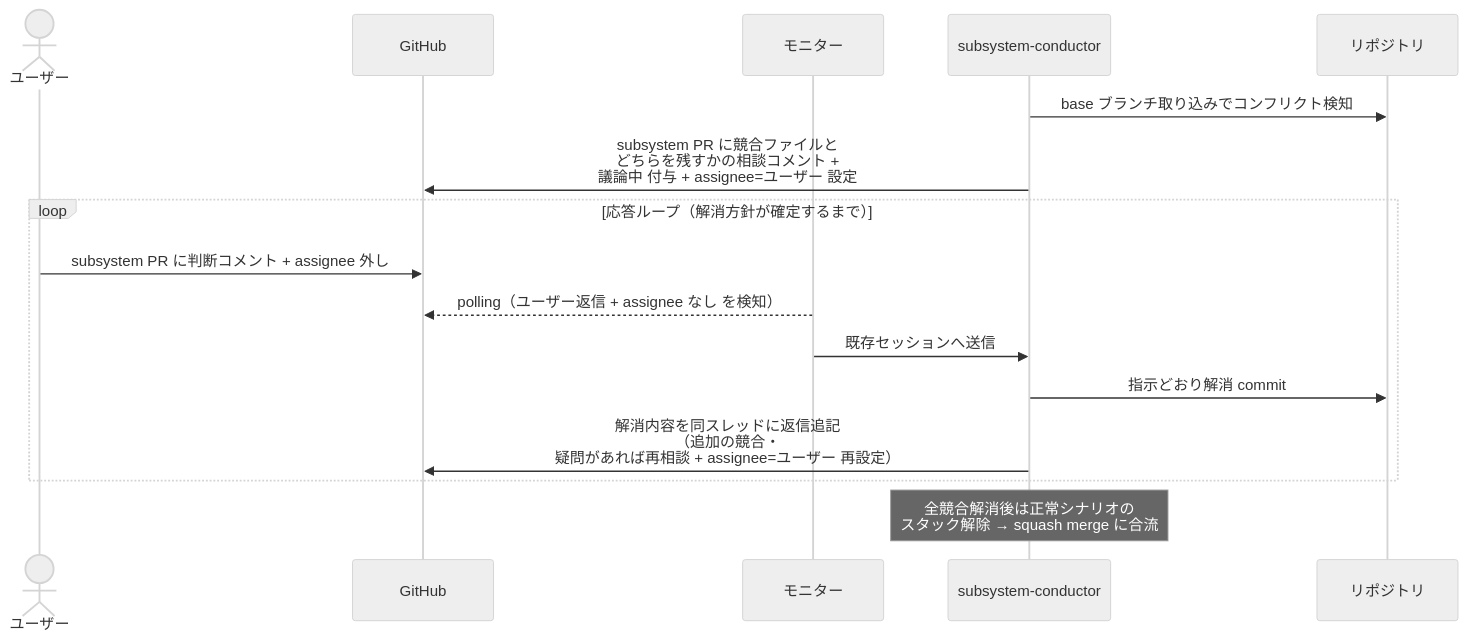
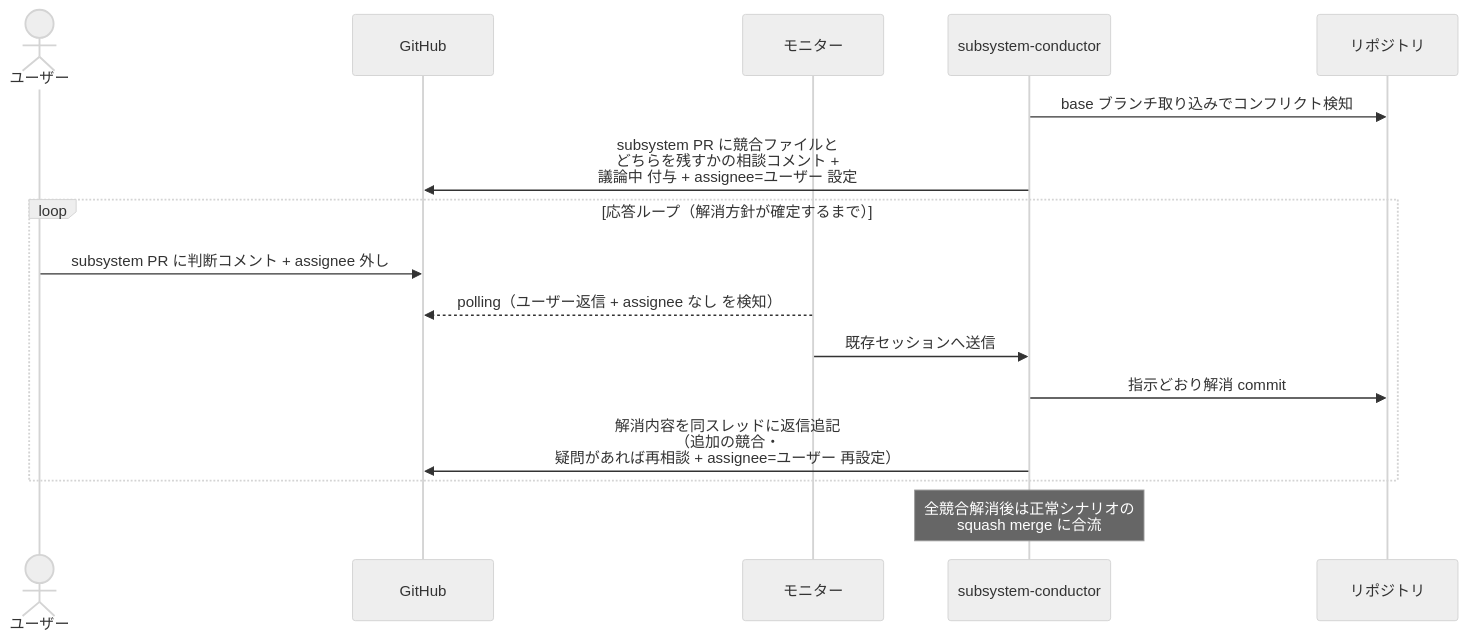
The seventh of 7 diagrams in docs/wiki/設計図/シナリオ/単一ユースケース/マージ.md (shuhei1101/ai-monitor), drawn with Mermaid (neutral theme) before and after one commit. The commit also changed other lines of this file and 108 other files, not shown here.

````diff
--- a/docs/wiki/設計図/シナリオ/単一ユースケース/マージ.md
+++ b/docs/wiki/設計図/シナリオ/単一ユースケース/マージ.md
@@ -314,21 +307,21 @@
 ```mermaid
 sequenceDiagram
   actor U as ユーザー
   participant GH as GitHub
   participant ORC as モニター
   participant MON as subsystem-conductor
   participant REPO as リポジトリ
 
   MON->>REPO: base ブランチ取り込みでコンフリクト検知
   MON->>GH: subsystem PR に競合ファイルと<br>どちらを残すかの相談コメント +<br>議論中 付与 + assignee=ユーザー 設定
 
   loop 応答ループ（解消方針が確定するまで）
     U->>GH: subsystem PR に判断コメント + assignee 外し
     ORC-->>GH: polling（ユーザー返信 + assignee なし を検知）
     ORC->>MON: 既存セッションへ送信
     MON->>REPO: 指示どおり解消 commit
     MON->>GH: 解消内容を同スレッドに返信追記<br>（追加の競合・<br>疑問があれば再相談 + assignee=ユーザー 再設定）
   end
 
-  Note over MON: 全競合解消後は正常シナリオの<br>スタック解除 → squash merge に合流
+  Note over MON: 全競合解消後は正常シナリオの<br>squash merge に合流
 ```
````
